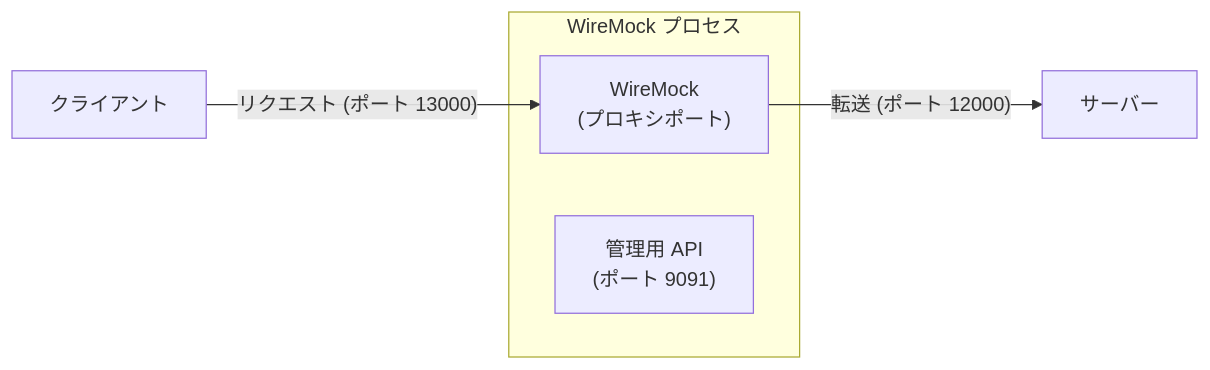
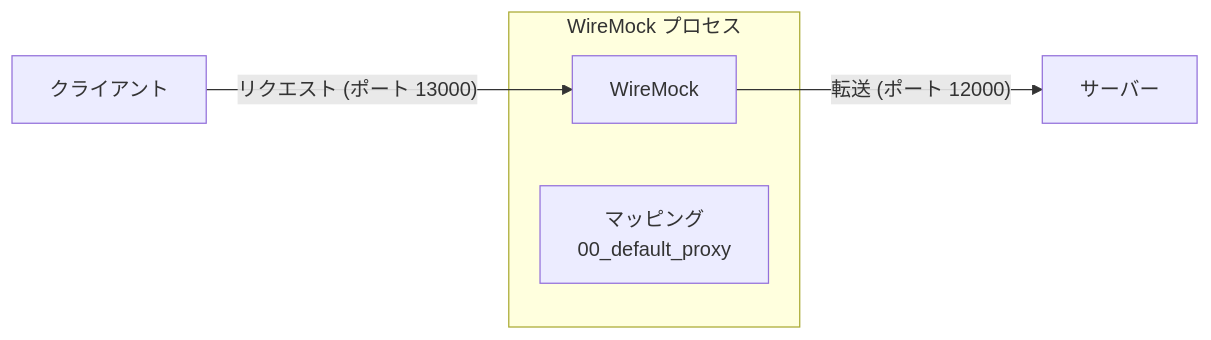
The first of 2 diagrams in tests/02_WireMockWithoutControl/README.ja.md (umbalaconmeogia/usage-toxi-proxy), drawn with Mermaid before and after one commit. The commit also changed 17 other files, not shown here.

Commit message:
Complete 03_WireMockWithControl

````diff
--- a/tests/02_WireMockWithoutControl/README.ja.md
+++ b/tests/02_WireMockWithoutControl/README.ja.md
@@ -9,10 +9,10 @@
 ```mermaid
 graph LR
-    Client["クライアント"] -- "リクエスト (ポート 13000)" --> WM_Proxy["WireMock\n(プロキシポート)"]
+    Client["クライアント"] -- "リクエスト (ポート 13000)" --> WM_Proxy["WireMock"]
     WM_Proxy -- "転送 (ポート 12000)" --> Server["サーバー"]
   
     subgraph "WireMock プロセス"
         WM_Proxy
-        WM_Admin["管理用 API\n(ポート 9091)"]
+        WM_Mappings["マッピング<br>00_default_proxy"]
     end
 ```
````
